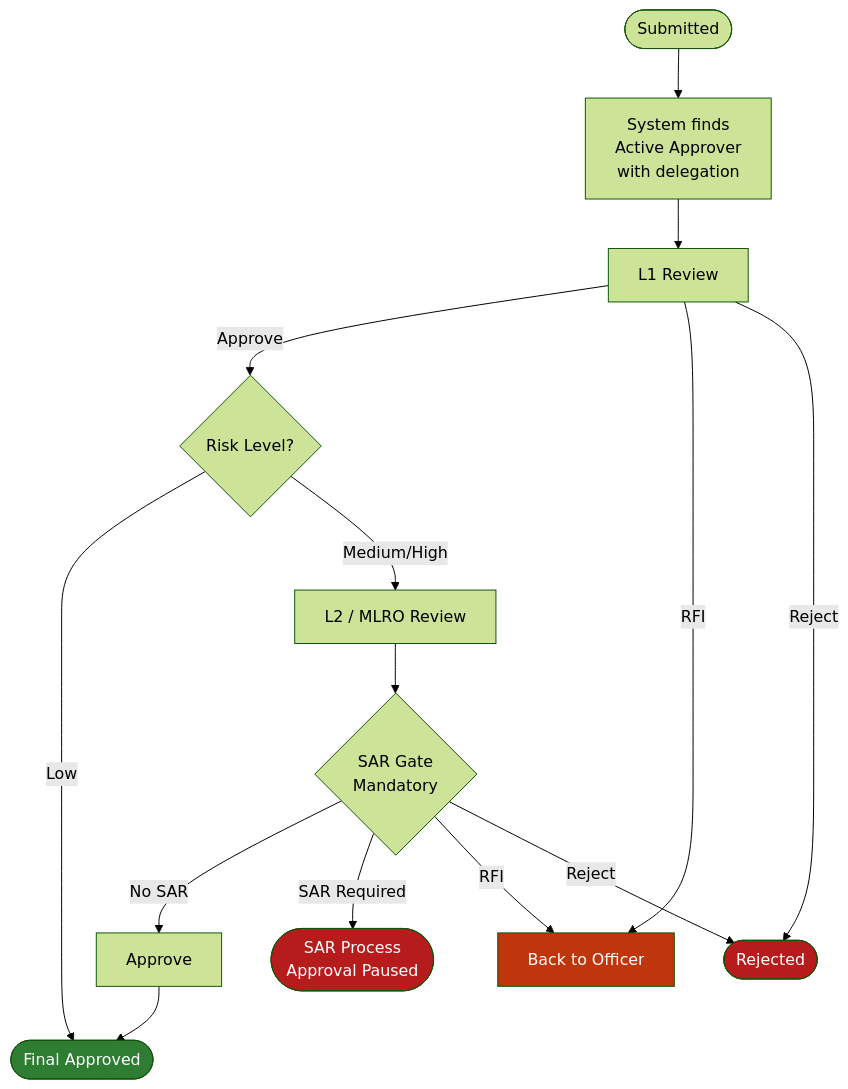
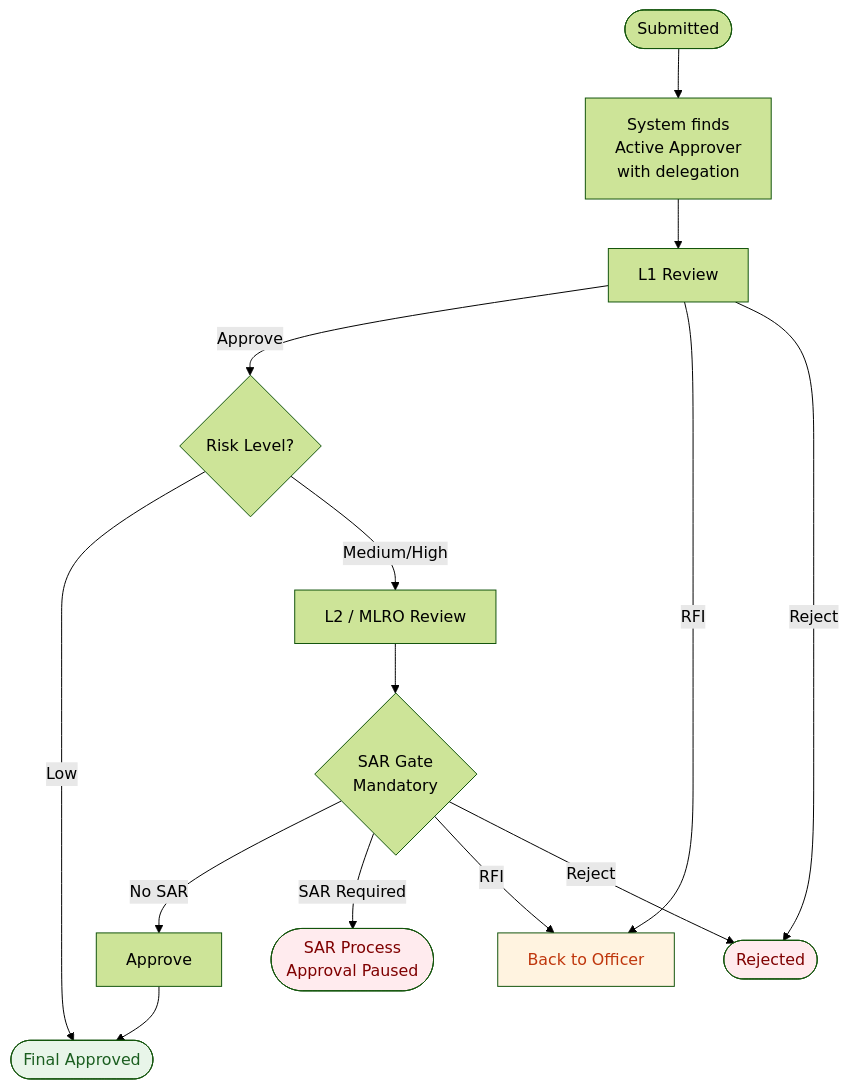
The seventh of 8 diagrams in docs/diagrams/best-practice-e2e.md (mazharr-hussain/KycReport), drawn with Mermaid (forest theme) before and after one commit. The commit also changed other lines of this file and 7 other files, not shown here.

First line of the commit message:
Switch all diagrams to light pastel palette with dark text

````diff
--- a/docs/diagrams/best-practice-e2e.md
+++ b/docs/diagrams/best-practice-e2e.md
@@ -117,25 +117,25 @@
 ```mermaid
 flowchart TD
     SUBMIT([Submitted]) --> DELEGATE[System finds\nActive Approver\nwith delegation]
     DELEGATE --> L1[L1 Review]
 
     L1 -->|Approve| RISK_CHECK{Risk Level?}
     L1 -->|RFI| OFFICER[Back to Officer]
     L1 -->|Reject| REJECT([Rejected])
 
     RISK_CHECK -->|Low| FINAL([Final Approved])
     RISK_CHECK -->|Medium/High| L2
 
     L2[L2 / MLRO Review] --> SAR_Q{SAR Gate\nMandatory}
     SAR_Q -->|No SAR| L2_APPROVE[Approve]
     SAR_Q -->|SAR Required| SAR_PROC([SAR Process\nApproval Paused])
     SAR_Q -->|RFI| OFFICER
     SAR_Q -->|Reject| REJECT
 
     L2_APPROVE --> FINAL
 
-    style FINAL fill:#2E7D32,color:#fff
-    style REJECT fill:#B71C1C,color:#fff
-    style SAR_PROC fill:#B71C1C,color:#fff
-    style OFFICER fill:#BF360C,color:#fff
+    style FINAL fill:#E8F5E9,color:#1B5E20
+    style REJECT fill:#FFEBEE,color:#7F0000
+    style SAR_PROC fill:#FFEBEE,color:#7F0000
+    style OFFICER fill:#FFF3E0,color:#BF360C
 ```
````
